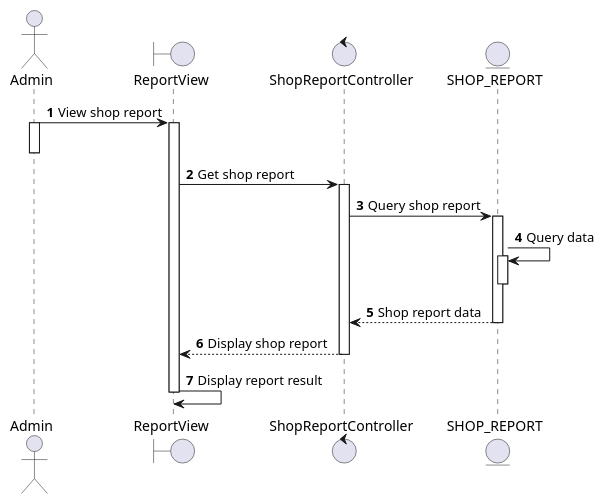
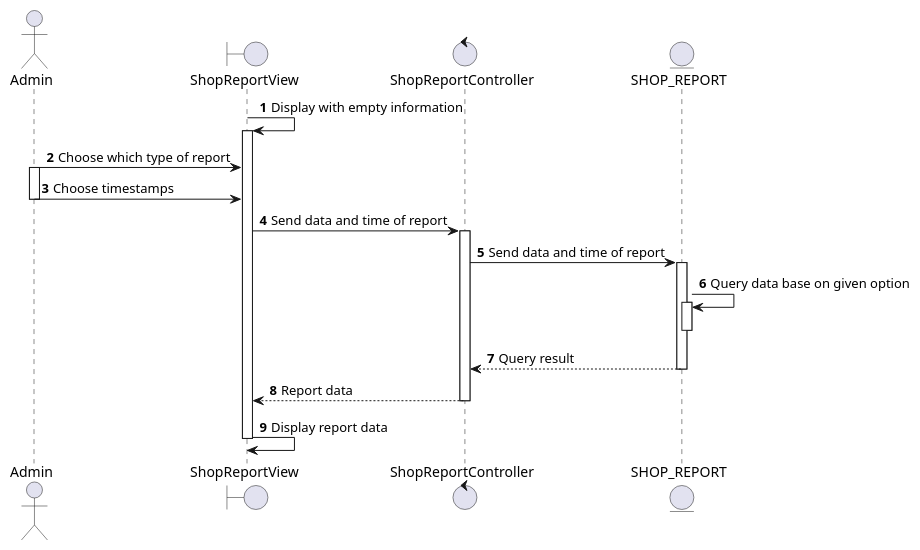
The diagram in docs/docs/sequence/view-shop-report/view-shop-report.md (electricilies/electricilies.github.io), drawn with PlantUML before and after one commit. The commit also changed 38 other files, not shown here.

````diff
--- a/docs/docs/sequence/view-shop-report/view-shop-report.md
+++ b/docs/docs/sequence/view-shop-report/view-shop-report.md
@@ -3,29 +3,31 @@
 ```plantuml
 @startuml
 autonumber
 
 actor Admin as A
-boundary ReportView as RV
+boundary ShopReportView as SRV
 control ShopReportController as SRC
 entity SHOP_REPORT as SR
 
-A -> RV: View shop report
+SRV -> SRV: Display with empty information
+activate SRV
+A -> SRV: Choose which type of report
 activate A
+A -> SRV: Choose timestamps
 deactivate A
-activate RV
-RV -> SRC: Get shop report
+SRV -> SRC: Send data and time of report
 activate SRC
-SRC -> SR: Query shop report
+SRC -> SR: Send data and time of report
 activate SR
-SR -> SR: Query data
+SR -> SR: Query data base on given option
 activate SR
 deactivate SR
-SRC <-- SR: Shop report data
+SRC <-- SR: Query result
 deactivate SR
-RV <-- SRC: Display shop report
+SRV <-- SRC: Report data
 deactivate SRC
-RV -> RV: Display report result
-deactivate RV
+SRV -> SRV: Display report data
+deactivate SRV
 
 @enduml
 ```
````
